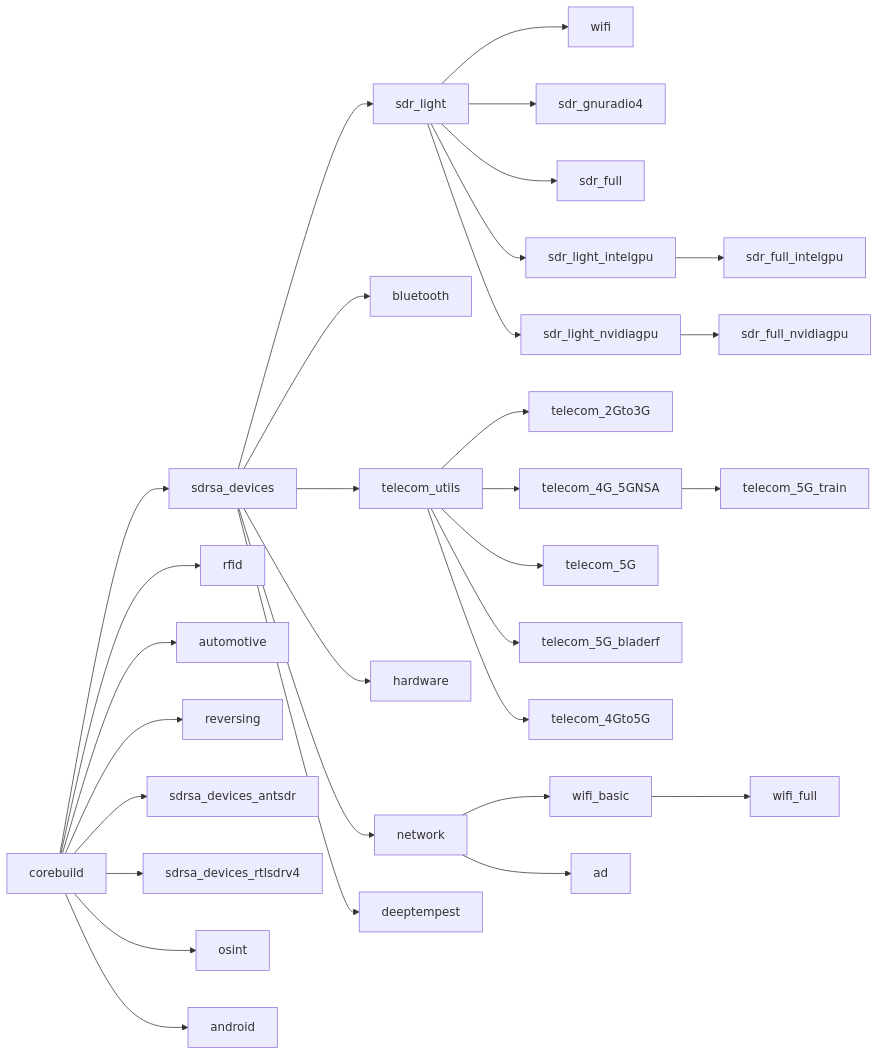
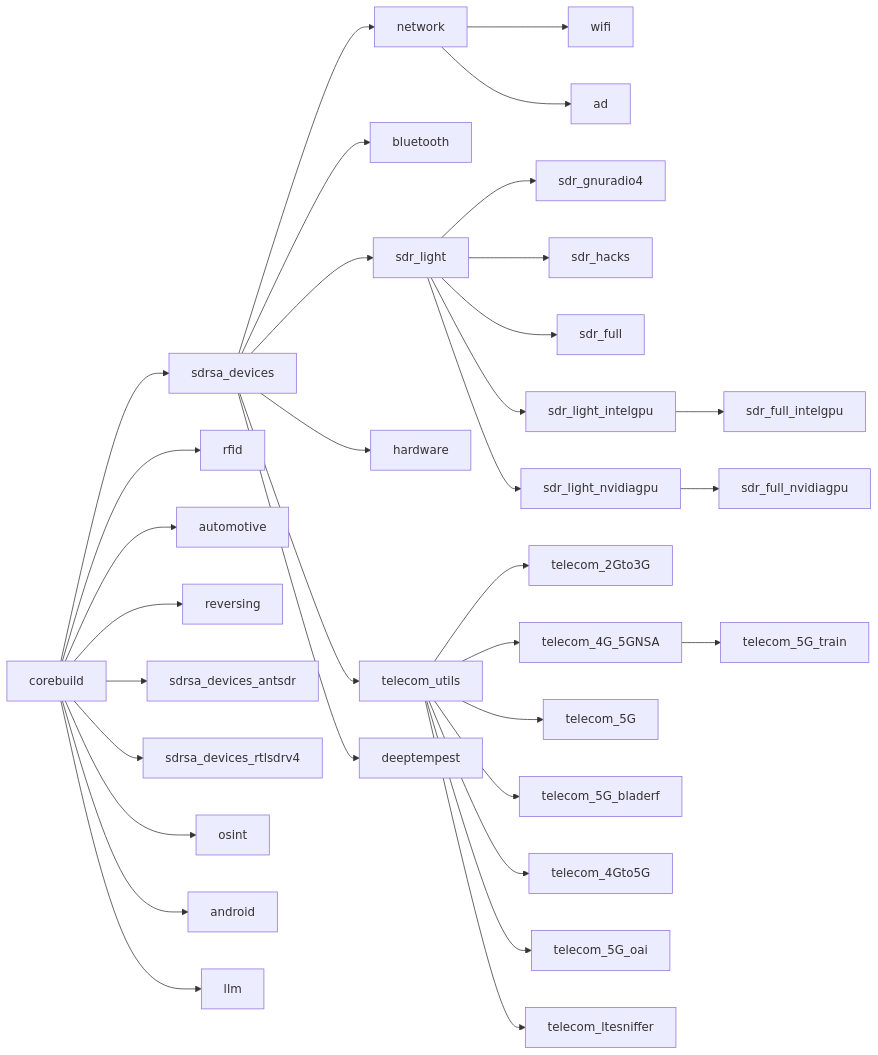
Before and after one commit to PentHertz/rfswift-doc-v2: the diagram in content/docs/guide/list-of-images.md, drawn with Mermaid. The commit also changed other lines of this file and 42 other files, not shown here.

````diff
--- a/content/docs/guide/list-of-images.md
+++ b/content/docs/guide/list-of-images.md
@@ -146,33 +156,35 @@
 ```mermaid
 graph LR;
     A[corebuild]-->B[sdrsa_devices];
     A-->C[rfid];
     A-->D[automotive];
     A-->E[reversing];
     A-->F[sdrsa_devices_antsdr];
     A-->G[sdrsa_devices_rtlsdrv4];
     B[sdrsa_devices]-->H[sdr_light];
     B[sdrsa_devices]-->I[bluetooth];
     B[sdrsa_devices]-->L[telecom_utils];
     B[sdrsa_devices]-->R[hardware];
     B[sdrsa_devices]-->S[network];
     B[sdrsa_devices]-->DT[deeptempest];
     A-->OS[osint];
     A-->AN[android];
-    S[network]-->WB[wifi_basic];
-    WB-->WF[wifi_full];
+    A-->LLM[llm];
+    S[network]-->J[wifi];
     S[network]-->AD[ad];
-    H-->J[wifi];
     H-->G4[sdr_gnuradio4];
+    H-->SH[sdr_hacks];
     H-->K[sdr_full];
     H-->H2[sdr_light_intelgpu];
     H-->H3[sdr_light_nvidiagpu];
     H2-->K2[sdr_full_intelgpu];
     H3-->K3[sdr_full_nvidiagpu];
     L-->M[telecom_2Gto3G];
     L-->N[telecom_4G_5GNSA];
     L-->O[telecom_5G];
     L-->O2[telecom_5G_bladerf];
     L-->P[telecom_4Gto5G];
+    L-->OAI[telecom_5G_oai];
+    L-->LS[telecom_ltesniffer];
     N-->P2[telecom_5G_train];
 ```
````
